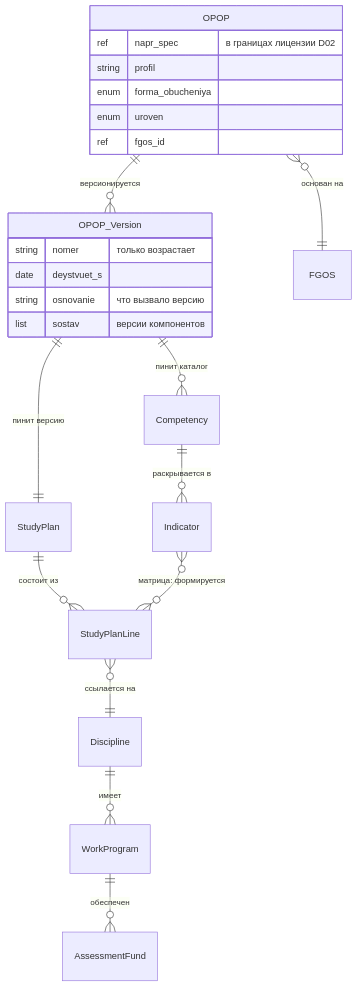
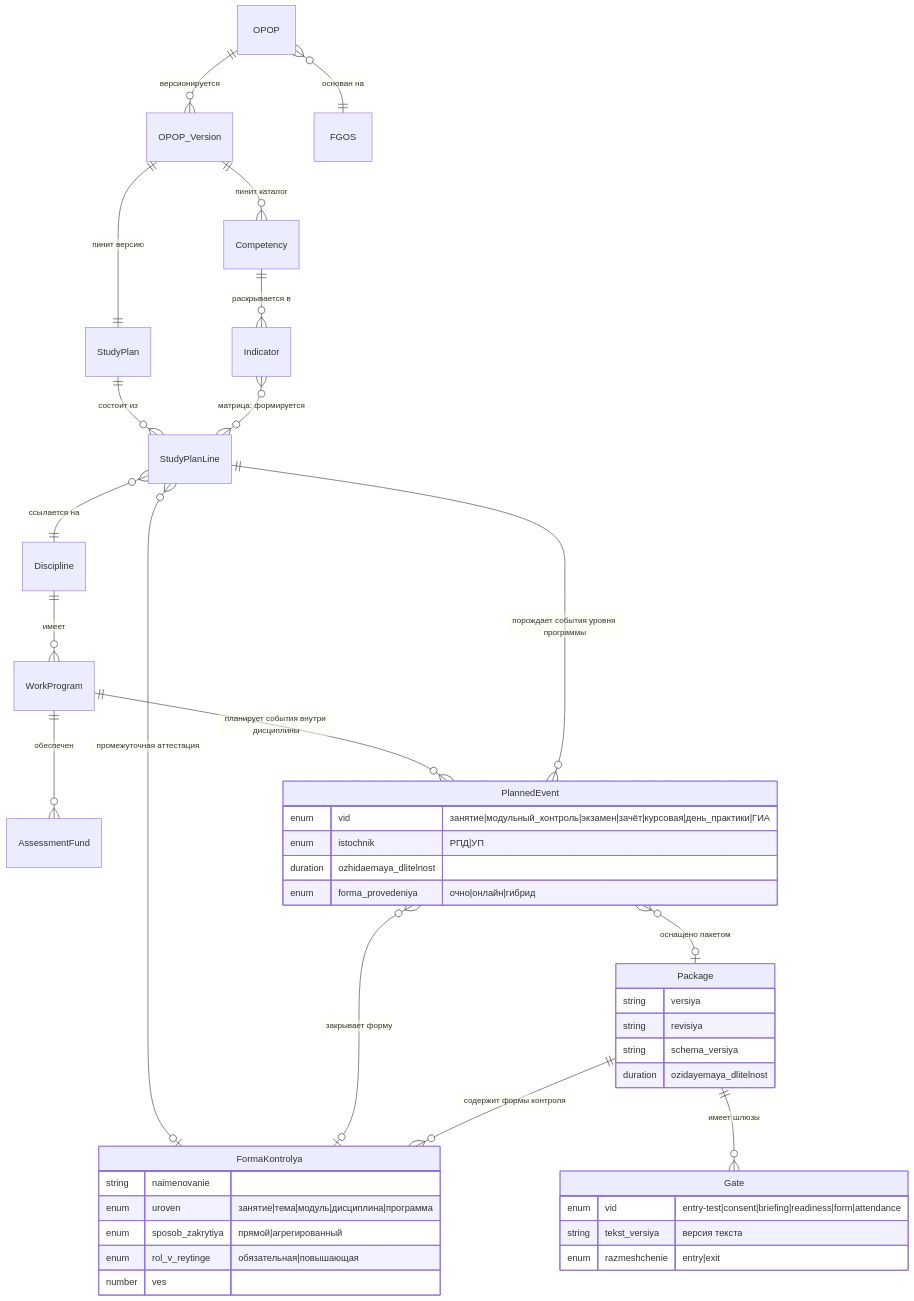
Before and after one commit to aplicon-ru/edu-framework: the diagram in domains/D06-umd/data-model/entities.md, drawn with Mermaid. The commit also changed other lines of this file and 2 other files, not shown here.

````diff
--- a/domains/D06-umd/data-model/entities.md
+++ b/domains/D06-umd/data-model/entities.md
@@ -186,26 +348,46 @@
 ```mermaid
 erDiagram
   OPOP ||--o{ OPOP_Version : "версионируется"
   OPOP }o--|| FGOS : "основан на"
   OPOP_Version ||--|| StudyPlan : "пинит версию"
   OPOP_Version ||--o{ Competency : "пинит каталог"
   StudyPlan ||--o{ StudyPlanLine : "состоит из"
   StudyPlanLine }o--|| Discipline : "ссылается на"
+  StudyPlanLine }o--o| FormaKontrolya : "промежуточная аттестация"
   Discipline ||--o{ WorkProgram : "имеет"
   WorkProgram ||--o{ AssessmentFund : "обеспечен"
   Competency ||--o{ Indicator : "раскрывается в"
   Indicator }o--o{ StudyPlanLine : "матрица: формируется"
-  OPOP_Version {
-    string nomer "только возрастает"
-    date deystvuet_s
-    string osnovanie "что вызвало версию"
-    list sostav "версии компонентов"
+
+  WorkProgram ||--o{ PlannedEvent : "планирует события внутри дисциплины"
+  StudyPlanLine ||--o{ PlannedEvent : "порождает события уровня программы"
+  PlannedEvent }o--o| FormaKontrolya : "закрывает форму"
+  PlannedEvent }o--o| Package : "оснащено пакетом"
+  Package ||--o{ FormaKontrolya : "содержит формы контроля"
+  Package ||--o{ Gate : "имеет шлюзы"
+
+  PlannedEvent {
+    enum vid "занятие|модульный_контроль|экзамен|зачёт|курсовая|день_практики|ГИА"
+    enum istochnik "РПД|УП"
+    duration ozhidaemaya_dlitelnost
+    enum forma_provedeniya "очно|онлайн|гибрид"
   }
-  OPOP {
-    ref napr_spec "в границах лицензии D02"
-    string profil
-    enum forma_obucheniya
-    enum uroven
-    ref fgos_id
+  FormaKontrolya {
+    string naimenovanie
+    enum uroven "занятие|тема|модуль|дисциплина|программа"
+    enum sposob_zakrytiya "прямой|агрегированный"
+    enum rol_v_reytinge "обязательная|повышающая"
+    number ves
+  }
+  Package {
+    string versiya
+    string revisiya
+    string schema_versiya
+    duration ozidayemaya_dlitelnost
+  }
+  Gate {
+    enum vid "entry-test|consent|briefing|readiness|form|attendance"
+    string tekst_versiya "версия текста"
+    enum razmeshchenie "entry|exit"
   }
 ```
````
